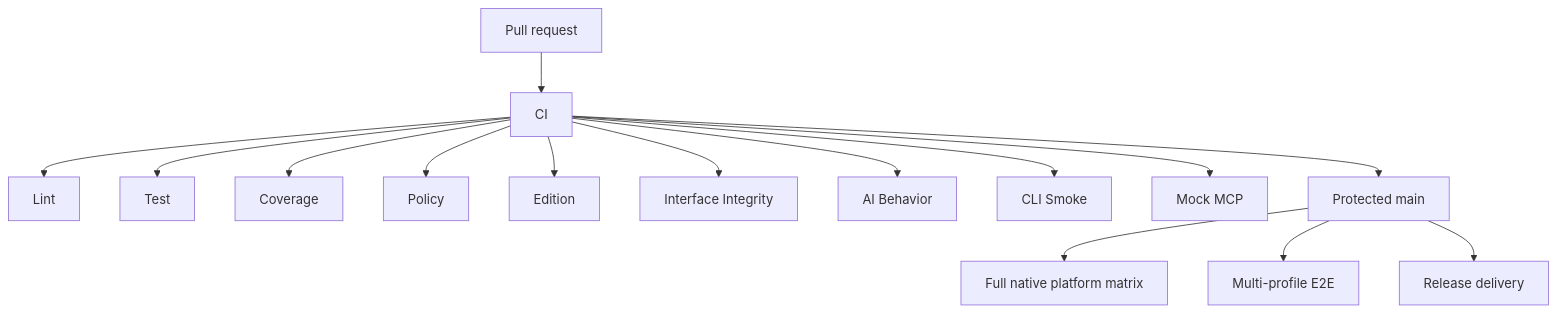
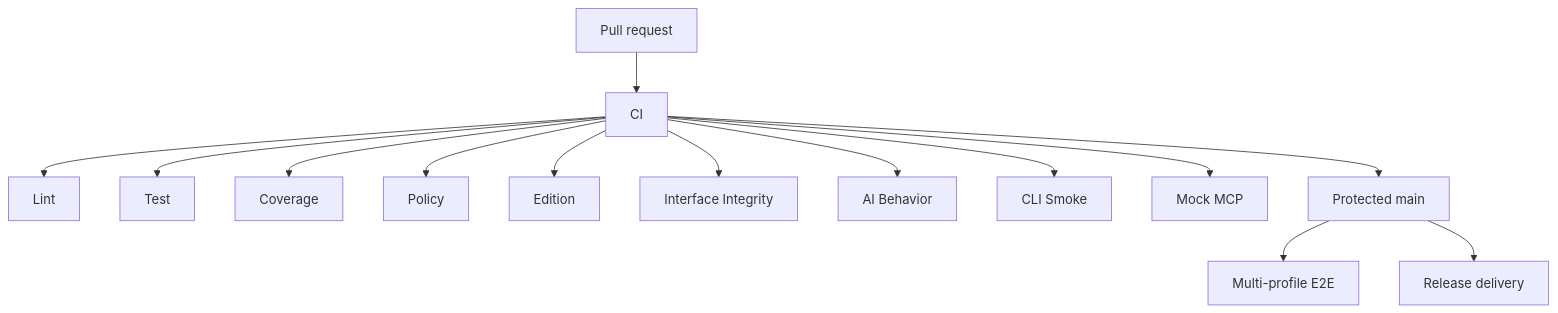
The diagram in docs/ci-pr-gates.md (DingTalk-Real-AI/dingtalk-workspace-cli), drawn with Mermaid before and after one commit. The commit also changed other lines of this file and 9 other files, not shown here.

````diff
--- a/docs/ci-pr-gates.md
+++ b/docs/ci-pr-gates.md
@@ -82,17 +79,16 @@
 ```mermaid
 flowchart TB
   PR["Pull request"] --> ADMISSION["CI"]
   ADMISSION --> L["Lint"]
   ADMISSION --> T["Test"]
   ADMISSION --> C["Coverage"]
   ADMISSION --> P["Policy"]
   ADMISSION --> E["Edition"]
   ADMISSION --> I["Interface Integrity"]
   ADMISSION --> A["AI Behavior"]
   ADMISSION --> S["CLI Smoke"]
   ADMISSION --> M["Mock MCP"]
   ADMISSION --> MAIN["Protected main"]
-  MAIN --> NATIVE["Full native platform matrix"]
   MAIN --> E2E["Multi-profile E2E"]
   MAIN --> RELEASE["Release delivery"]
 ```
````
